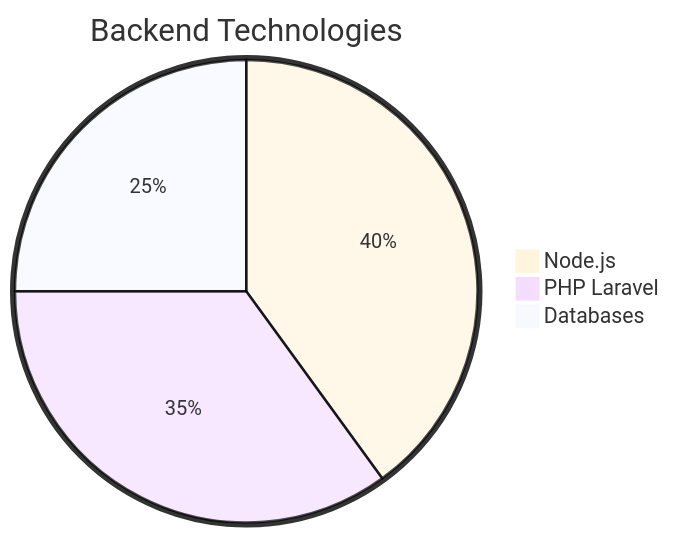
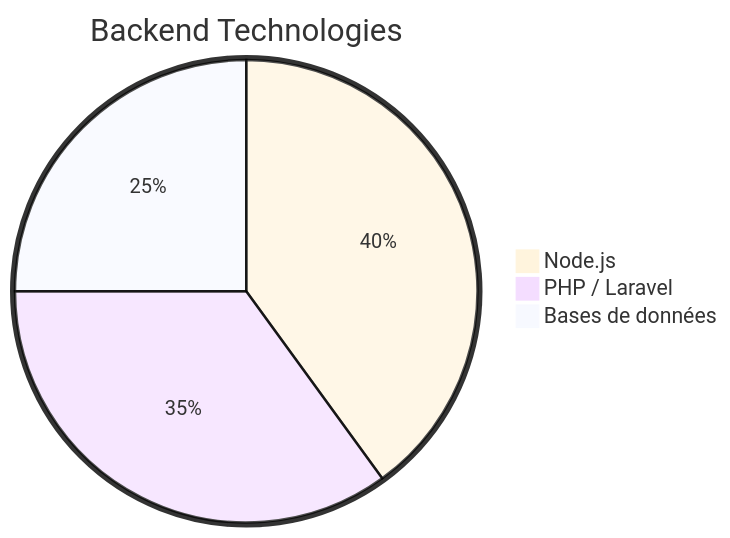
One commit to nfcdjobo/nfcdjobo changed the second of 2 diagrams in README.md. Above: the diagram before and after it, drawn with Mermaid. The commit also changed other lines of this file, not shown here.

````diff
--- a/README.md
+++ b/README.md
@@ -38,7 +50,7 @@
 ```mermaid
 %%{init: {'pie': {'textPosition': 0.6}, 'themeVariables': {'pieOuterStrokeWidth': '4px', 'pieSectionTextSize': '16px', 'pieOuterStrokeColor': '#333333'}, 'theme': 'base'}}%%
-pie title Backend Technologies  
+pie title Backend Technologies
     "Node.js" : 40
-    "PHP Laravel" : 35
-    "Databases" : 25
+    "PHP / Laravel" : 35
+    "Bases de données" : 25
 ```
````
